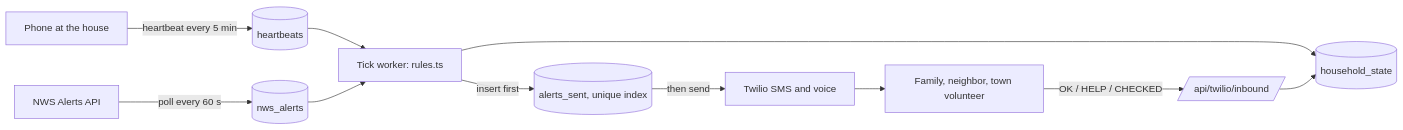
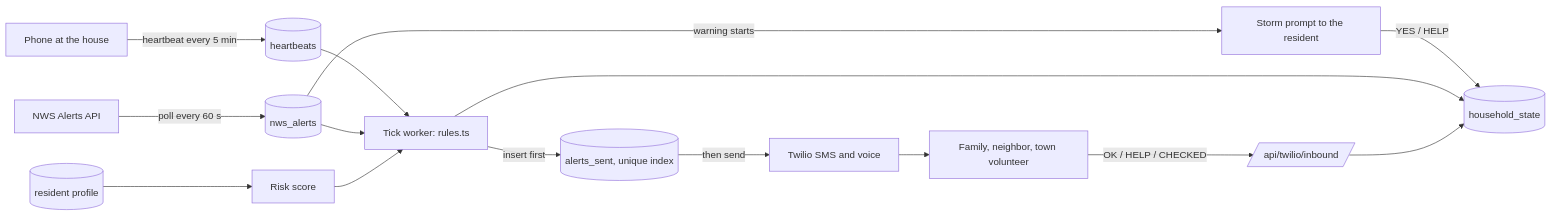
One commit to studentaccount2028/pilot-light changed the first of 2 diagrams in README.md. Above: the diagram before and after it, drawn with Mermaid. The commit also changed other lines of this file and 52 other files, not shown here.

First line of the commit message:
Login, backtest, nearest help, risk score and submission drafts

````diff
--- a/README.md
+++ b/README.md
@@ -36,13 +41,17 @@
 ```mermaid
 flowchart LR
   phone[Phone at the house] -- heartbeat every 5 min --> hb[(heartbeats)]
   nws[NWS Alerts API] -- poll every 60 s --> alerts[(nws_alerts)]
+  alerts -- warning starts --> prompt[Storm prompt to the resident]
+  prompt -- YES / HELP --> state
   hb --> tick
   alerts --> tick
+  profile[(resident profile)] --> risk[Risk score]
+  risk --> tick
   tick[Tick worker: rules.ts] --> state[(household_state)]
   tick -- insert first --> sent[(alerts_sent, unique index)]
   sent -- then send --> twilio[Twilio SMS and voice]
   twilio --> family[Family, neighbor, town volunteer]
   family -- OK / HELP / CHECKED --> inbound[/api/twilio/inbound/]
   inbound --> state
 ```
````
